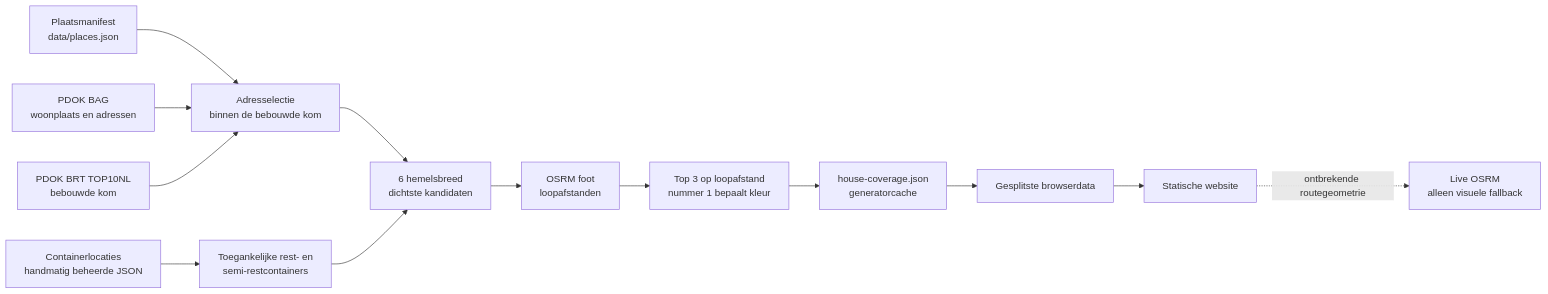
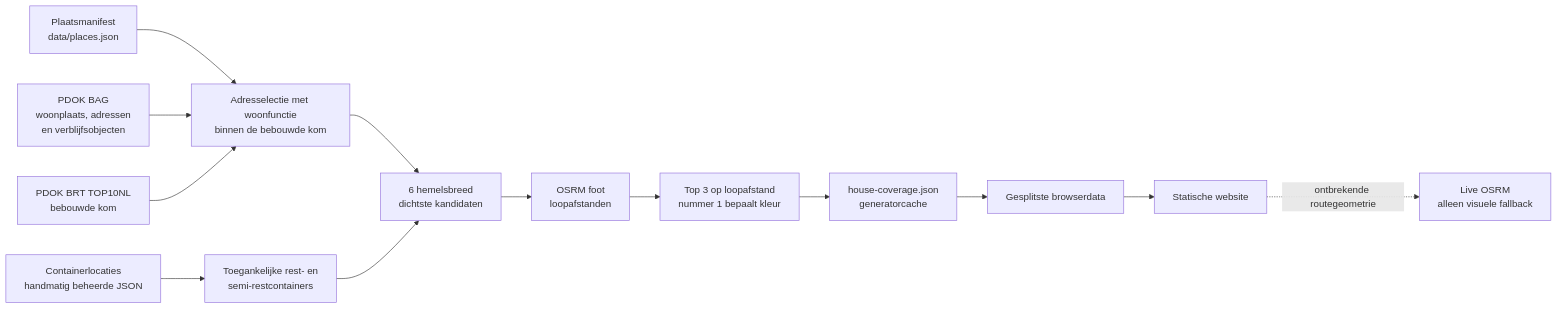
The diagram in README.md (TheBeems/afvalcontainers), drawn with Mermaid before and after one commit. The commit also changed other lines of this file and 8 other files, not shown here.

````diff
--- a/README.md
+++ b/README.md
@@ -13,20 +13,20 @@
 ```mermaid
 flowchart LR
   M["Plaatsmanifest<br/>data/places.json"]
   C["Containerlocaties<br/>handmatig beheerde JSON"]
-  BAG["PDOK BAG<br/>woonplaats en adressen"]
+  BAG["PDOK BAG<br/>woonplaats, adressen<br/>en verblijfsobjecten"]
   BRT["PDOK BRT TOP10NL<br/>bebouwde kom"]
 
-  M --> A["Adresselectie<br/>binnen de bebouwde kom"]
+  M --> A["Adresselectie met woonfunctie<br/>binnen de bebouwde kom"]
   BAG --> A
   BRT --> A
   C --> K["Toegankelijke rest- en<br/>semi-restcontainers"]
   A --> P["6 hemelsbreed<br/>dichtste kandidaten"]
   K --> P
   P --> O["OSRM foot<br/>loopafstanden"]
   O --> R["Top 3 op loopafstand<br/>nummer 1 bepaalt kleur"]
   R --> H["house-coverage.json<br/>generatorcache"]
   H --> S["Gesplitste browserdata"]
   S --> W["Statische website"]
   W -. "ontbrekende routegeometrie" .-> F["Live OSRM<br/>alleen visuele fallback"]
 ```
````
